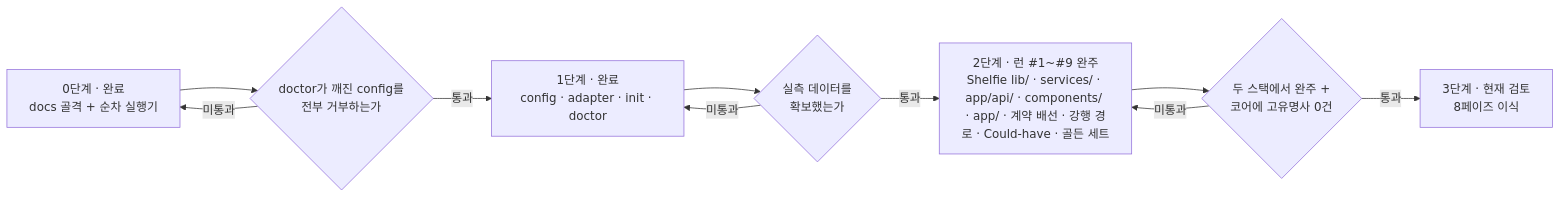
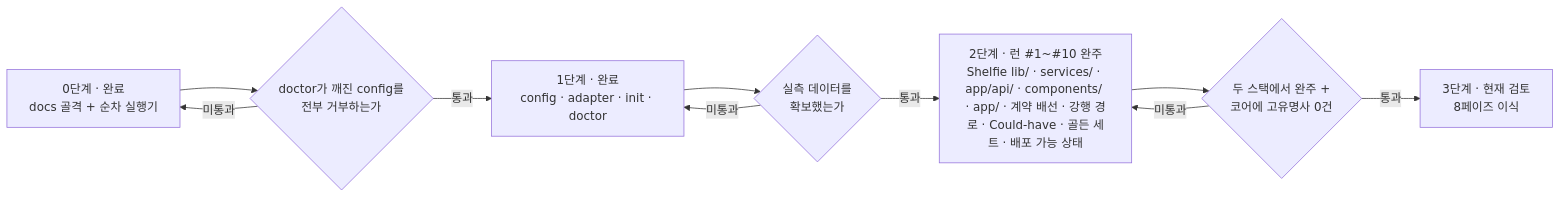
Before and after one commit to hyuham1335-stack/banana-island-ops: the first of 2 diagrams in docs/harness/ROADMAP.md, drawn with Mermaid. The commit also changed other lines of this file and 1 other file, not shown here.

````diff
--- a/docs/harness/ROADMAP.md
+++ b/docs/harness/ROADMAP.md
@@ -54,18 +54,18 @@
 ```mermaid
 flowchart LR
     S0["0단계 · 완료<br/>docs 골격 + 순차 실행기"]
     S1["1단계 · 완료<br/>config · adapter · init · doctor"]
-    S2["2단계 · 런 #1~#9 완주<br/>Shelfie lib/ · services/ · app/api/ · components/ · app/ · 계약 배선 · 강행 경로 · Could-have · 골든 세트"]
+    S2["2단계 · 런 #1~#10 완주<br/>Shelfie lib/ · services/ · app/api/ · components/ · app/ · 계약 배선 · 강행 경로 · Could-have · 골든 세트 · 배포 가능 상태"]
     S3["3단계 · 현재 검토<br/>8페이즈 이식"]
 
     S0 --> G1{"doctor가 깨진 config를<br/>전부 거부하는가"}
     G1 -->|통과| S1
     S1 --> G2{"실측 데이터를<br/>확보했는가"}
     G2 -->|통과| S2
     S2 --> G3{"두 스택에서 완주 +<br/>코어에 고유명사 0건"}
     G3 -->|통과| S3
 
     G1 -->|미통과| S0
     G2 -->|미통과| S1
     G3 -->|미통과| S2
 ```
````
